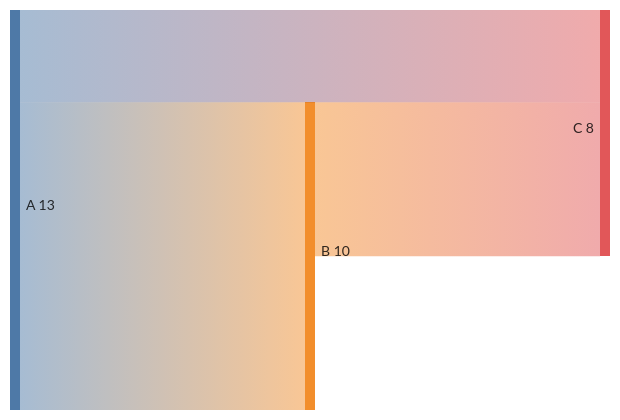
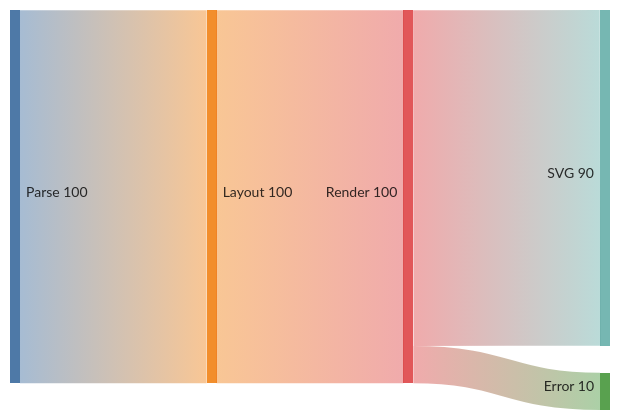
Diagram 20 of 27 in tests/Mermaider.Tests/Fixtures/mermaid.md (nullean/mermaider), drawn with Mermaid before and after one commit. The commit also changed other lines of this file, not shown here.

Commit message:
Rewrite mermaid.md fixture to be Mermaider-focused, remove WinPrint references

````diff
--- a/tests/Mermaider.Tests/Fixtures/mermaid.md
+++ b/tests/Mermaider.Tests/Fixtures/mermaid.md
@@ -282,6 +272,7 @@
 ```mermaid
 sankey-beta
-    A, B, 10
-    B, C, 5
-    A, C, 3
+    Parse, Layout, 100
+    Layout, Render, 100
+    Render, SVG, 90
+    Render, Error, 10
 ```
````
